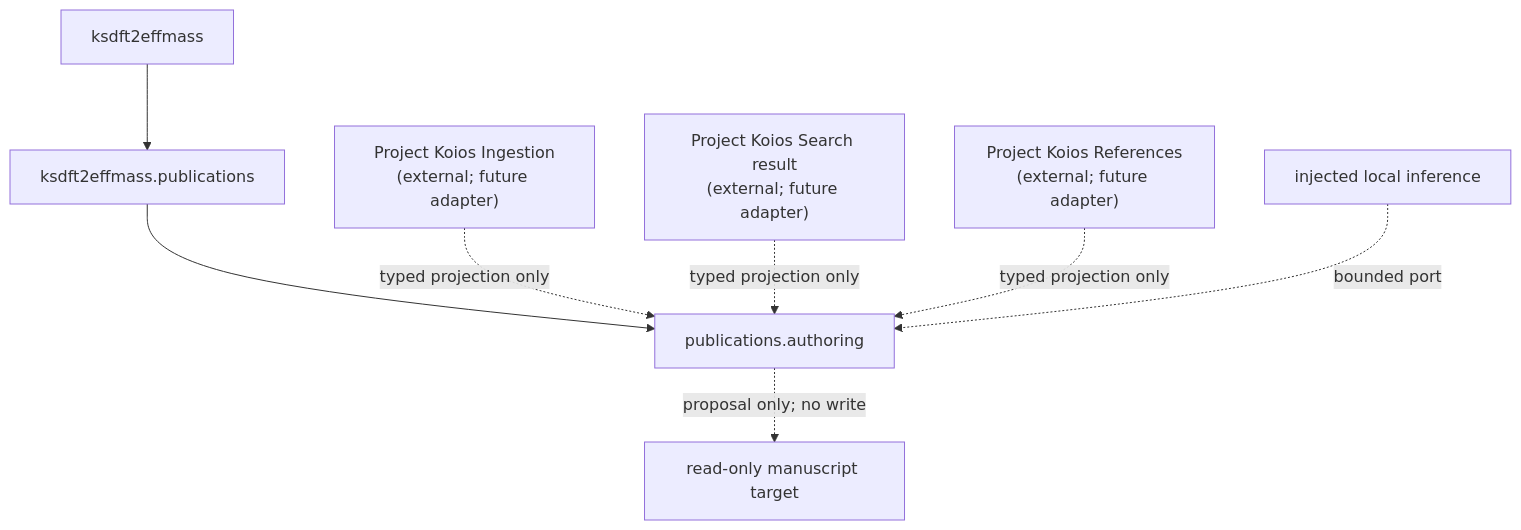
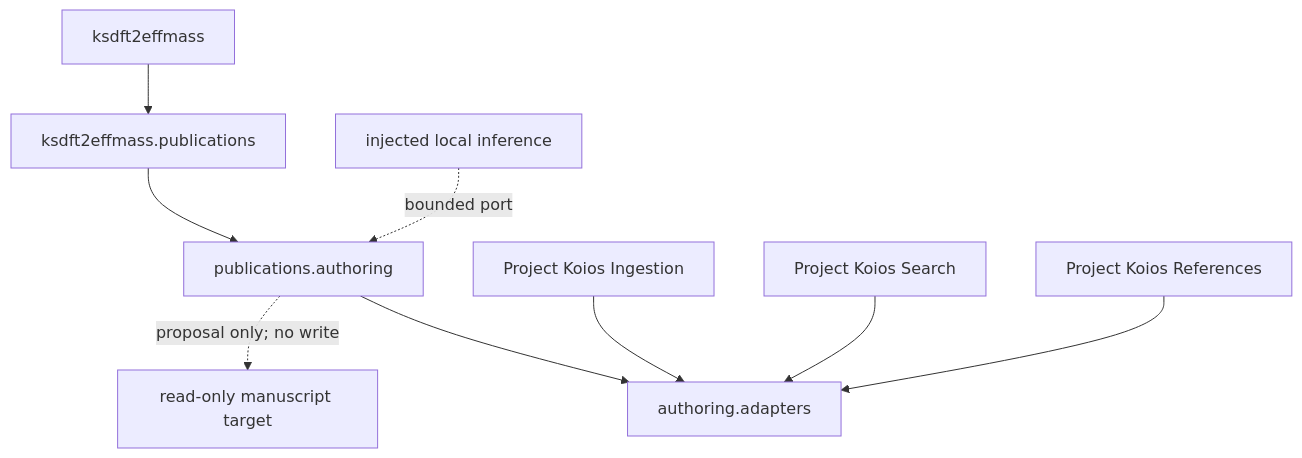
The diagram in docs/architecture/ksdft2effmass/schematic.md (eragasa/ksdft2effmass), drawn with Mermaid before and after one commit. The commit also changed other lines of this file and 42 other files, not shown here.

Commit message:
Compose exact Project Koios authoring inputs

````diff
--- a/docs/architecture/ksdft2effmass/schematic.md
+++ b/docs/architecture/ksdft2effmass/schematic.md
@@ -3,10 +3,11 @@
 ```mermaid
 flowchart TB
     Root["ksdft2effmass"] --> Publications["ksdft2effmass.publications"]
     Publications --> Authoring["publications.authoring"]
-    Ingestion["Project Koios Ingestion<br/>(external; future adapter)"] -. "typed projection only" .-> Authoring
-    Search["Project Koios Search result<br/>(external; future adapter)"] -. "typed projection only" .-> Authoring
-    References["Project Koios References<br/>(external; future adapter)"] -. "typed projection only" .-> Authoring
+    Authoring --> Adapters["authoring.adapters"]
+    Ingestion["Project Koios Ingestion"] --> Adapters
+    Search["Project Koios Search"] --> Adapters
+    References["Project Koios References"] --> Adapters
     LocalInference["injected local inference"] -. "bounded port" .-> Authoring
     Authoring -. "proposal only; no write" .-> Manuscript["read-only manuscript target"]
 ```
````
